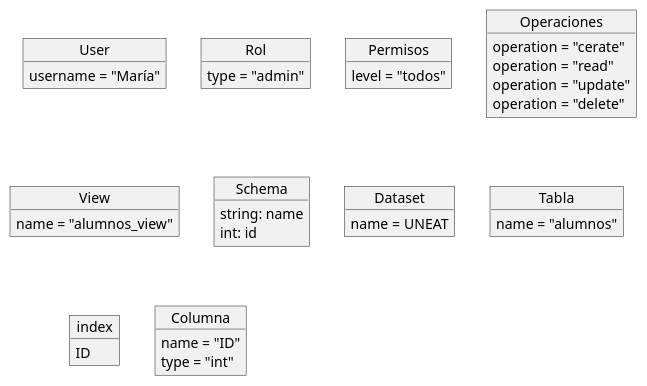
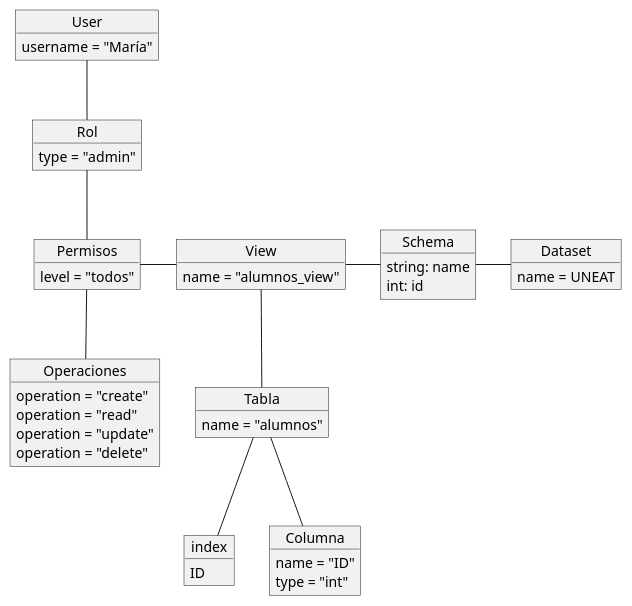
The diagram in entregas/arronizMaria/modelosUML/src/DODatabase.puml (mariaarroniz/25-26-IDSW1), drawn with PlantUML before and after one commit. The commit also changed 5 other files, not shown here.

Commit message:
Diagrams

```diff
--- a/entregas/arronizMaria/modelosUML/src/DODatabase.puml
+++ b/entregas/arronizMaria/modelosUML/src/DODatabase.puml
@@ -1,39 +1,49 @@
 @startuml
 object User{
     username = "María"
 }
 object Rol{
     type = "admin"
 }
 object Permisos{
     level = "todos"
 }
 object Operaciones{
-    operation = "cerate"
+    operation = "create"
     operation = "read"
     operation = "update"
     operation = "delete"
 }
 object View{
     name = "alumnos_view"
 }
 object Schema{
     string: name
     int: id
 }   
 object Dataset{
     name = UNEAT
 }
 object Tabla{
     name = "alumnos"
 }
 object index{
     ID
 }
 object Columna{
     name = "ID"
     type = "int"
 }
 
+User -- Rol
+Rol -- Permisos
+Permisos -- Operaciones
+Dataset -l- Schema
+Schema -l- View
+Permisos -r- View
+View -- Tabla
+Tabla -- Columna
+Tabla -- index
+
 
 @enduml
```
